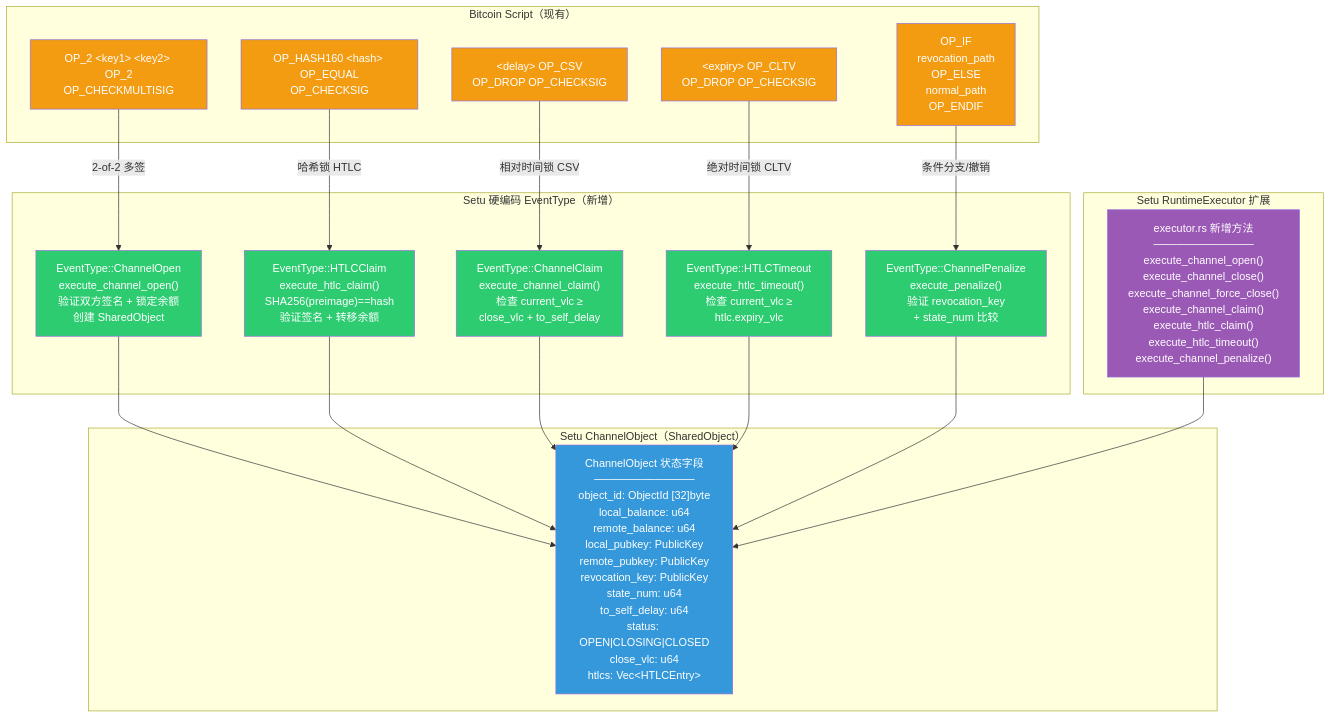
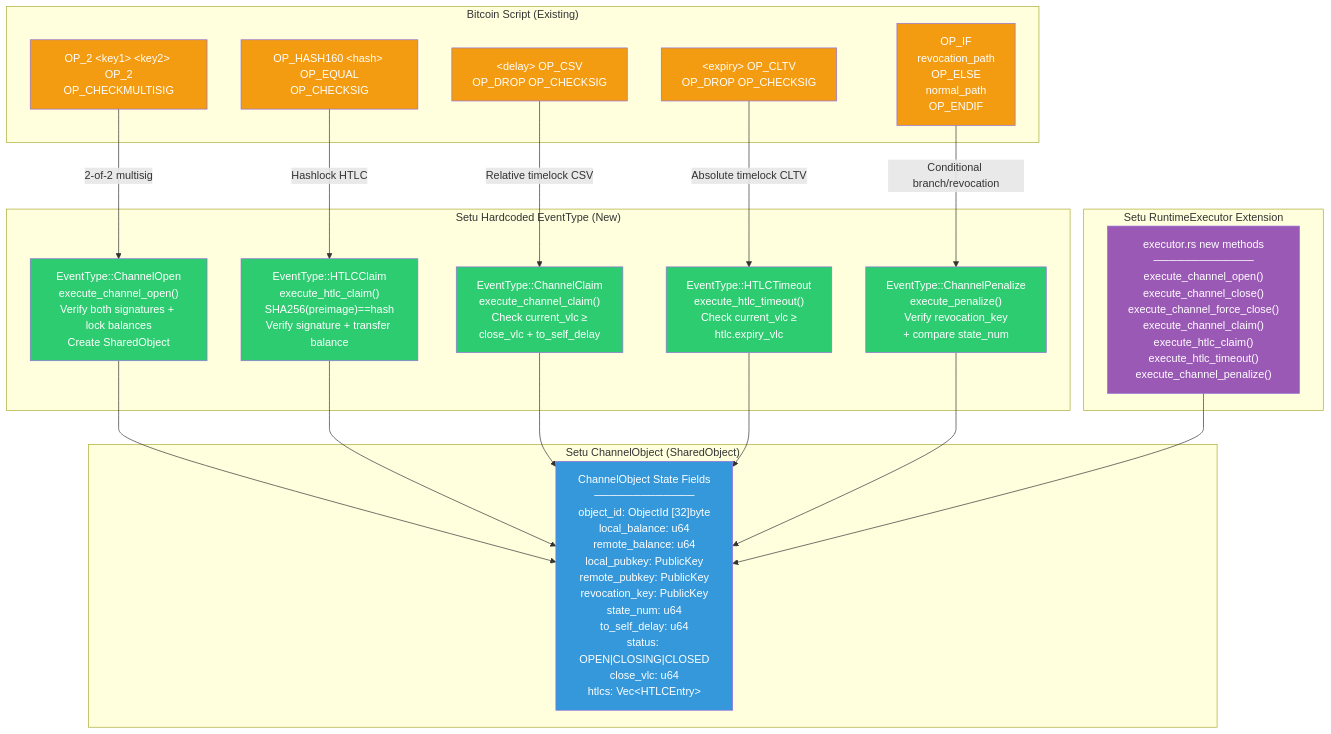
The seventh of 9 diagrams in 1-refactor-docs/setu/lnd-and-setu-integration.md (loka-network/loka-p2p-lnd), drawn with Mermaid before and after one commit. The commit also changed other lines of this file and 12 other files, not shown here.

````diff
--- a/1-refactor-docs/setu/lnd-and-setu-integration.md
+++ b/1-refactor-docs/setu/lnd-and-setu-integration.md
@@ -355,52 +355,52 @@
 ```mermaid
 graph TB
-    subgraph "Bitcoin Script（现有）"
+    subgraph "Bitcoin Script (Existing)"
         BS1["OP_2 &lt;key1&gt; &lt;key2&gt; OP_2<br/>OP_CHECKMULTISIG"]
         BS2["OP_HASH160 &lt;hash&gt; OP_EQUAL<br/>OP_CHECKSIG"]
         BS3["&lt;delay&gt; OP_CSV<br/>OP_DROP OP_CHECKSIG"]
         BS4["&lt;expiry&gt; OP_CLTV<br/>OP_DROP OP_CHECKSIG"]
         BS5["OP_IF<br/>  revocation_path<br/>OP_ELSE<br/>  normal_path<br/>OP_ENDIF"]
     end
 
-    subgraph "Setu 硬编码 EventType（新增）"
-        SP1["EventType::ChannelOpen<br/>execute_channel_open()<br/>验证双方签名 + 锁定余额<br/>创建 SharedObject"]
-        SP2["EventType::HTLCClaim<br/>execute_htlc_claim()<br/>SHA256(preimage)==hash<br/>验证签名 + 转移余额"]
-        SP3["EventType::ChannelClaim<br/>execute_channel_claim()<br/>检查 current_vlc ≥<br/>close_vlc + to_self_delay"]
-        SP4["EventType::HTLCTimeout<br/>execute_htlc_timeout()<br/>检查 current_vlc ≥<br/>htlc.expiry_vlc"]
-        SP5["EventType::ChannelPenalize<br/>execute_penalize()<br/>验证 revocation_key<br/>+ state_num 比较"]
+    subgraph "Setu Hardcoded EventType (New)"
+        SP1["EventType::ChannelOpen<br/>execute_channel_open()<br/>Verify both signatures + lock balances<br/>Create SharedObject"]
+        SP2["EventType::HTLCClaim<br/>execute_htlc_claim()<br/>SHA256(preimage)==hash<br/>Verify signature + transfer balance"]
+        SP3["EventType::ChannelClaim<br/>execute_channel_claim()<br/>Check current_vlc ≥<br/>close_vlc + to_self_delay"]
+        SP4["EventType::HTLCTimeout<br/>execute_htlc_timeout()<br/>Check current_vlc ≥<br/>htlc.expiry_vlc"]
+        SP5["EventType::ChannelPenalize<br/>execute_penalize()<br/>Verify revocation_key<br/>+ compare state_num"]
     end
 
-    BS1 -->|"2-of-2 多签"| SP1
-    BS2 -->|"哈希锁 HTLC"| SP2
-    BS3 -->|"相对时间锁 CSV"| SP3
-    BS4 -->|"绝对时间锁 CLTV"| SP4
-    BS5 -->|"条件分支/撤销"| SP5
+    BS1 -->|"2-of-2 multisig"| SP1
+    BS2 -->|"Hashlock HTLC"| SP2
+    BS3 -->|"Relative timelock CSV"| SP3
+    BS4 -->|"Absolute timelock CLTV"| SP4
+    BS5 -->|"Conditional branch/revocation"| SP5
 
-    subgraph "Setu ChannelObject（SharedObject）"
-        CO["ChannelObject 状态字段<br/>─────────────<br/>object_id: ObjectId [32]byte<br/>local_balance: u64<br/>remote_balance: u64<br/>local_pubkey: PublicKey<br/>remote_pubkey: PublicKey<br/>revocation_key: PublicKey<br/>state_num: u64<br/>to_self_delay: u64<br/>status: OPEN|CLOSING|CLOSED<br/>close_vlc: u64<br/>htlcs: Vec&lt;HTLCEntry&gt;"]
+    subgraph "Setu ChannelObject (SharedObject)"
+        CO["ChannelObject State Fields<br/>─────────────<br/>object_id: ObjectId [32]byte<br/>local_balance: u64<br/>remote_balance: u64<br/>local_pubkey: PublicKey<br/>remote_pubkey: PublicKey<br/>revocation_key: PublicKey<br/>state_num: u64<br/>to_self_delay: u64<br/>status: OPEN|CLOSING|CLOSED<br/>close_vlc: u64<br/>htlcs: Vec&lt;HTLCEntry&gt;"]
     end
 
-    subgraph "Setu RuntimeExecutor 扩展"
-        RE["executor.rs 新增方法<br/>─────────────<br/>execute_channel_open()<br/>execute_channel_close()<br/>execute_channel_force_close()<br/>execute_channel_claim()<br/>execute_htlc_claim()<br/>execute_htlc_timeout()<br/>execute_channel_penalize()"]
+    subgraph "Setu RuntimeExecutor Extension"
+        RE["executor.rs new methods<br/>─────────────<br/>execute_channel_open()<br/>execute_channel_close()<br/>execute_channel_force_close()<br/>execute_channel_claim()<br/>execute_htlc_claim()<br/>execute_htlc_timeout()<br/>execute_channel_penalize()"]
     end
 
     SP1 --> CO
     SP2 --> CO
     SP3 --> CO
     SP4 --> CO
     SP5 --> CO
     RE --> CO
 
     style BS1 fill:#f39c12,color:#fff
     style BS2 fill:#f39c12,color:#fff
     style BS3 fill:#f39c12,color:#fff
     style BS4 fill:#f39c12,color:#fff
     style BS5 fill:#f39c12,color:#fff
     style SP1 fill:#2ecc71,color:#fff
     style SP2 fill:#2ecc71,color:#fff
     style SP3 fill:#2ecc71,color:#fff
     style SP4 fill:#2ecc71,color:#fff
     style SP5 fill:#2ecc71,color:#fff
     style CO fill:#3498db,color:#fff
     style RE fill:#9b59b6,color:#fff
 ```
````
